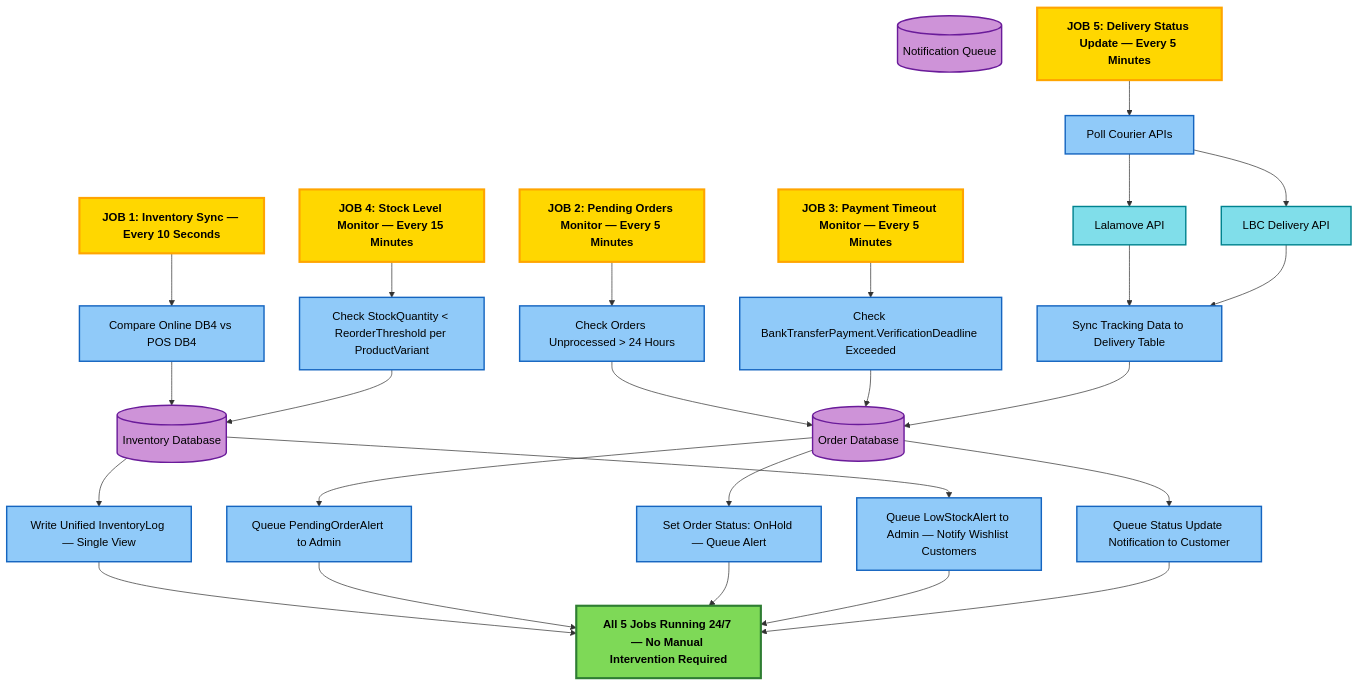
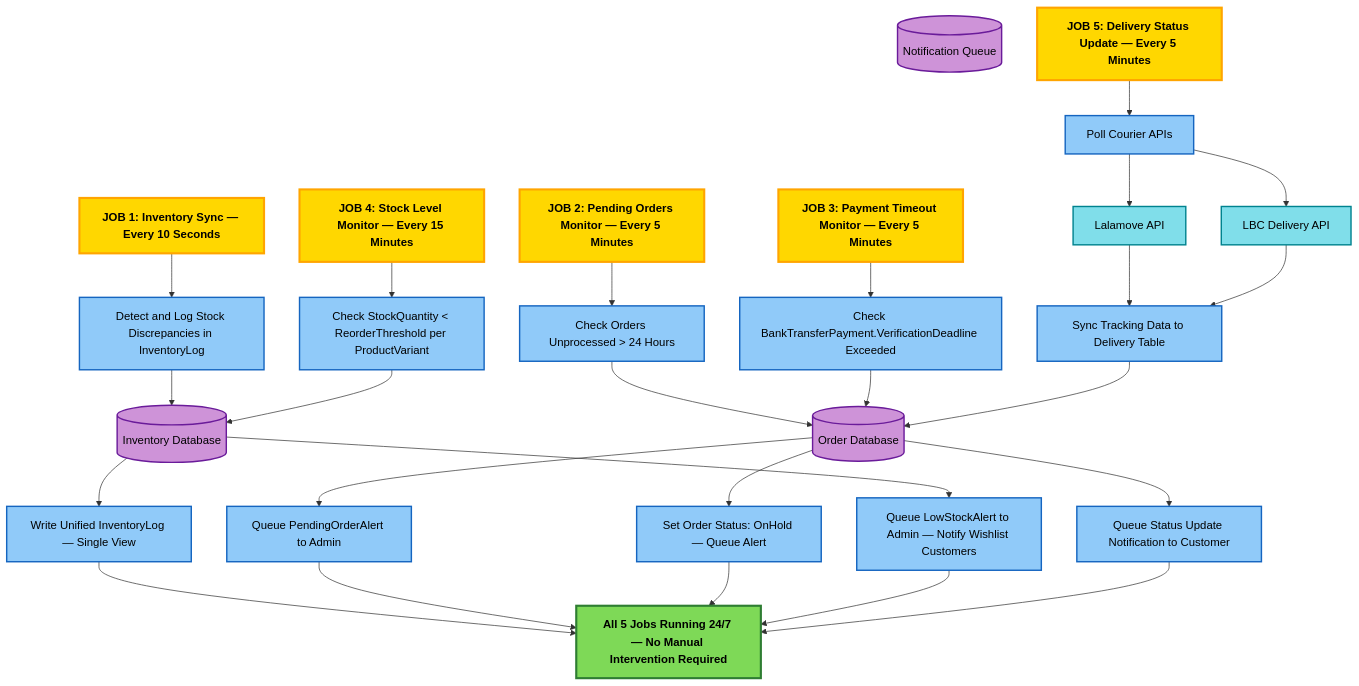
One commit to butterkookies/OOP-TaurusBikeShop changed the diagram in Mermaid/Claude/v3.0/14_BACKGROUND_JOBS.mmd. Above: the diagram before and after it, drawn with Mermaid. The commit also changed 7 other files, not shown here.

```diff
--- a/Mermaid/Claude/v3.0/14_BACKGROUND_JOBS.mmd
+++ b/Mermaid/Claude/v3.0/14_BACKGROUND_JOBS.mmd
@@ -1,70 +1,70 @@
 %% =====================================================
 %% BIKE SHOP - PART 14: BACKGROUND JOBS & AUTOMATION
 %% =====================================================
 %% Schema tables: ProductVariant (ReorderThreshold, StockQuantity),
 %%   Order, BankTransferPayment (VerificationDeadline),
 %%   PickupOrder (PickupExpiresAt), Delivery, Notification, SystemLog
 %% All 5 jobs run 24/7 without manual intervention
 %% =====================================================
 
 flowchart TD
 
 DB3[("Order Database")]
 DB4[("Inventory Database")]
 DB6[("Notification Queue")]
 EXT2["Lalamove API"]
 EXT3["LBC Delivery API"]
 
 %% JOB 1: REAL-TIME INVENTORY SYNC
 J1["JOB 1: Inventory Sync — Every 10 Seconds"]
-J1 --> J1A["Compare Online DB4 vs POS DB4"]
+J1 --> J1A[""Detect and Log Stock Discrepancies in InventoryLog""]
 J1A --> DB4
 DB4 --> J1B["Write Unified InventoryLog — Single View"]
 
 %% JOB 2: PENDING ORDERS MONITOR
 J2["JOB 2: Pending Orders Monitor — Every 5 Minutes"]
 J2 --> J2A["Check Orders Unprocessed > 24 Hours"]
 J2A --> DB3
 DB3 --> J2B["Queue PendingOrderAlert to Admin"]
 
 %% JOB 3: PAYMENT TIMEOUT MONITOR
 J3["JOB 3: Payment Timeout Monitor — Every 5 Minutes"]
 J3 --> J3A["Check BankTransferPayment.VerificationDeadline Exceeded"]
 J3A --> DB3
 DB3 --> J3B["Set Order Status: OnHold — Queue Alert"]
 
 %% JOB 4: STOCK LEVEL MONITOR
 J4["JOB 4: Stock Level Monitor — Every 15 Minutes"]
 J4 --> J4A["Check StockQuantity < ReorderThreshold per ProductVariant"]
 J4A --> DB4
 DB4 --> J4B["Queue LowStockAlert to Admin — Notify Wishlist Customers"]
 
 %% JOB 5: DELIVERY STATUS UPDATE
 J5["JOB 5: Delivery Status Update — Every 5 Minutes"]
 J5 --> J5A["Poll Courier APIs"]
 J5A --> EXT2
 J5A --> EXT3
 EXT2 --> J5B["Sync Tracking Data to Delivery Table"]
 EXT3 --> J5B
 J5B --> DB3
 DB3 --> J5C["Queue Status Update Notification to Customer"]
 
 SUMMARY["All 5 Jobs Running 24/7 — No Manual Intervention Required"]
 
 J1B --> SUMMARY
 J2B --> SUMMARY
 J3B --> SUMMARY
 J4B --> SUMMARY
 J5C --> SUMMARY
 
 classDef job fill:#FFD700,stroke:#FFA500,stroke-width:3px,color:#000,font-weight:bold
 classDef process fill:#90CAF9,stroke:#1565C0,stroke-width:2px,color:#000
 classDef database fill:#CE93D8,stroke:#6A1B9A,stroke-width:2px,color:#000
 classDef external fill:#80DEEA,stroke:#00838F,stroke-width:2px,color:#000
 classDef summary fill:#7ED957,stroke:#2E7D32,stroke-width:3px,color:#000,font-weight:bold
 
 class J1,J2,J3,J4,J5 job
 class J1A,J1B,J2A,J2B,J3A,J3B,J4A,J4B,J5A,J5B,J5C process
 class DB3,DB4,DB6 database
 class EXT2,EXT3 external
 class SUMMARY summary
```
